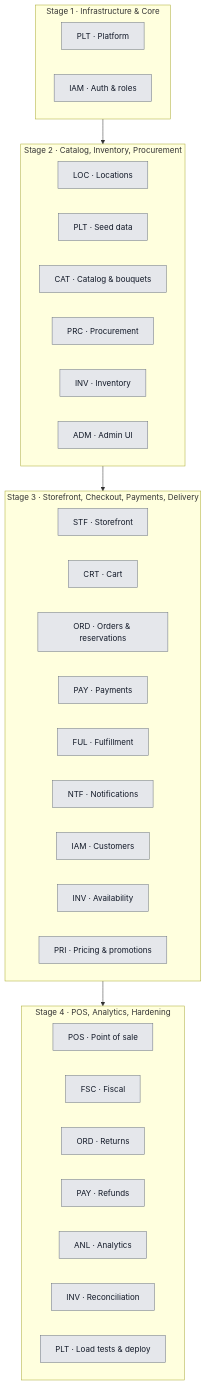
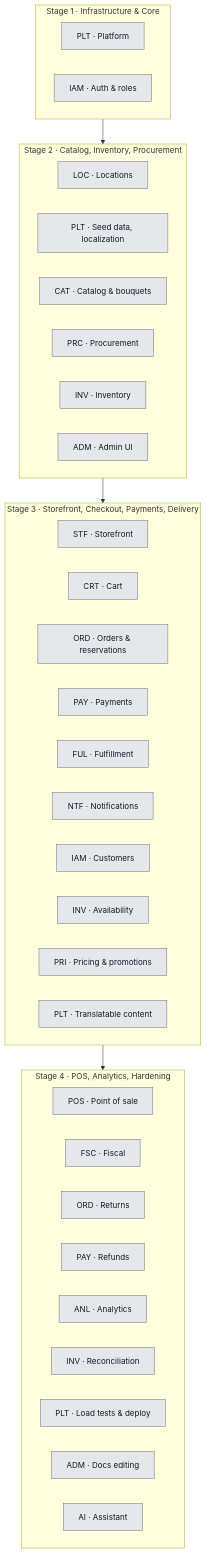
Before and after one commit to DevAgassi/flower-network: the third of 3 diagrams in ROADMAP.md, drawn with Mermaid. The commit also changed other lines of this file and 5 other files, not shown here.

First line of the commit message:
Docs decisions, localization and AI assistant in the plan

````diff
--- a/ROADMAP.md
+++ b/ROADMAP.md
@@ -97,49 +97,52 @@
 ```mermaid
 flowchart TB
   subgraph S1["Stage 1 · Infrastructure & Core"]
     E_PLT_S1["PLT · Platform"]
     E_IAM_S1["IAM · Auth & roles"]
   end
 
   subgraph S2["Stage 2 · Catalog, Inventory, Procurement"]
     E_LOC_S2["LOC · Locations"]
-    E_PLT_S2["PLT · Seed data"]
+    E_PLT_S2["PLT · Seed data, localization"]
     E_CAT_S2["CAT · Catalog & bouquets"]
     E_PRC_S2["PRC · Procurement"]
     E_INV_S2["INV · Inventory"]
     E_ADM_S2["ADM · Admin UI"]
   end
 
   subgraph S3["Stage 3 · Storefront, Checkout, Payments, Delivery"]
     E_STF_S3["STF · Storefront"]
     E_CRT_S3["CRT · Cart"]
     E_ORD_S3["ORD · Orders & reservations"]
     E_PAY_S3["PAY · Payments"]
     E_FUL_S3["FUL · Fulfillment"]
     E_NTF_S3["NTF · Notifications"]
     E_IAM_S3["IAM · Customers"]
     E_INV_S3["INV · Availability"]
     E_PRI_S3["PRI · Pricing & promotions"]
+    E_PLT_S3["PLT · Translatable content"]
   end
 
   subgraph S4["Stage 4 · POS, Analytics, Hardening"]
     E_POS_S4["POS · Point of sale"]
     E_FSC_S4["FSC · Fiscal"]
     E_ORD_S4["ORD · Returns"]
     E_PAY_S4["PAY · Refunds"]
     E_ANL_S4["ANL · Analytics"]
     E_INV_S4["INV · Reconciliation"]
     E_PLT_S4["PLT · Load tests & deploy"]
+    E_ADM_S4["ADM · Docs editing"]
+    E_AI_S4["AI · Assistant"]
   end
 
   S1 --> S2 --> S3 --> S4
 
   classDef todo fill:#e5e7eb,stroke:#6b7280,color:#111827
   classDef wip fill:#fde68a,stroke:#b45309,color:#111827
   classDef done fill:#bbf7d0,stroke:#15803d,color:#111827
   classDef blocked fill:#fecaca,stroke:#b91c1c,color:#111827
 
   %% status:start
-  class E_PLT_S1,E_IAM_S1,E_LOC_S2,E_PLT_S2,E_CAT_S2,E_PRC_S2,E_INV_S2,E_ADM_S2,E_STF_S3,E_CRT_S3,E_ORD_S3,E_PAY_S3,E_FUL_S3,E_NTF_S3,E_IAM_S3,E_INV_S3,E_PRI_S3,E_POS_S4,E_FSC_S4,E_ORD_S4,E_PAY_S4,E_ANL_S4,E_INV_S4,E_PLT_S4 todo
+  class E_PLT_S1,E_IAM_S1,E_LOC_S2,E_PLT_S2,E_CAT_S2,E_PRC_S2,E_INV_S2,E_ADM_S2,E_STF_S3,E_CRT_S3,E_ORD_S3,E_PAY_S3,E_FUL_S3,E_NTF_S3,E_IAM_S3,E_INV_S3,E_PRI_S3,E_PLT_S3,E_POS_S4,E_FSC_S4,E_ORD_S4,E_PAY_S4,E_ANL_S4,E_INV_S4,E_PLT_S4,E_ADM_S4,E_AI_S4 todo
   %% status:end
 ```
````
